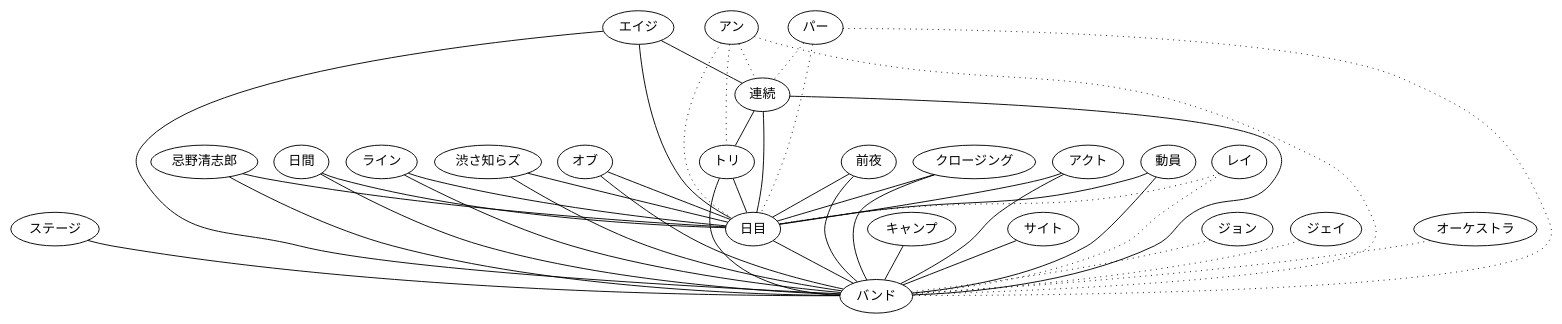
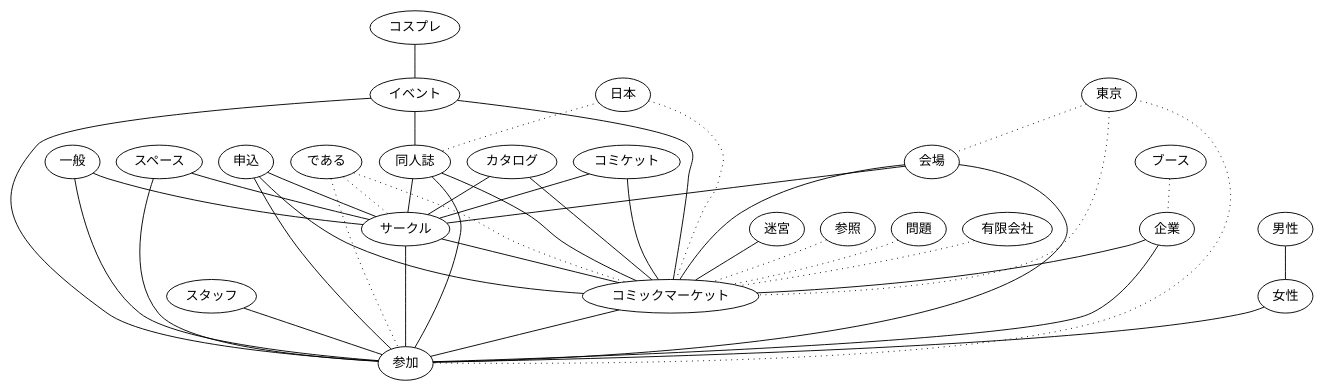
One commit to michaelweiss/keygraph changed the diagram in base.dot. Above: the diagram before and after it, drawn with Graphviz.

Commit message:
それぞれ移動しました

```diff
--- a/base.dot
+++ b/base.dot
@@ -1,44 +1,44 @@
 graph base {
-ステージ--バンド
-エイジ--連続
-忌野清志郎--日目
-日間--日目
-ライン--日目
-渋さ知らズ--日目
-オブ--日目
-前夜--日目
-クロージング--日目
-キャンプ--バンド
-アクト--日目
-サイト--バンド
-動員--日目
-忌野清志郎--バンド
-ライン--バンド
-連続--トリ
-エイジ--日目
-日間--バンド
-オブ--バンド
-クロージング--バンド
-アクト--バンド
-前夜--バンド
-渋さ知らズ--バンド
-動員--バンド
-エイジ--バンド
-連続--日目
-トリ--日目
-トリ--バンド
-連続--バンド
-日目--バンド
-パー--連続[style="dotted"]
-ジョン--バンド[style="dotted"]
-ジェイ--バンド[style="dotted"]
-アン--トリ[style="dotted"]
-オーケストラ--バンド[style="dotted"]
-パー--日目[style="dotted"]
-アン--連続[style="dotted"]
-レイ--日目[style="dotted"]
-パー--バンド[style="dotted"]
-アン--日目[style="dotted"]
-レイ--バンド[style="dotted"]
-アン--バンド[style="dotted"]
+コスプレ--イベント
+申込--コミックマーケット
+スタッフ--参加
+一般--サークル
+企業--参加
+企業--コミックマーケット
+女性--参加
+男性--女性
+同人誌--参加
+イベント--同人誌
+会場--参加
+イベント--参加
+カタログ--サークル
+申込--参加
+コミケット--サークル
+迷宮--コミックマーケット
+一般--参加
+同人誌--サークル
+スペース--参加
+スペース--サークル
+カタログ--コミックマーケット
+申込--サークル
+会場--サークル
+コミケット--コミックマーケット
+会場--コミックマーケット
+イベント--コミックマーケット
+同人誌--コミックマーケット
+サークル--コミックマーケット
+コミックマーケット--参加
+サークル--参加
+参照--コミックマーケット[style="dotted"]
+問題--コミックマーケット[style="dotted"]
+有限会社--コミックマーケット[style="dotted"]
+東京--参加[style="dotted"]
+である--参加[style="dotted"]
+である--サークル[style="dotted"]
+日本--同人誌[style="dotted"]
+ブース--企業[style="dotted"]
+東京--会場[style="dotted"]
+日本--コミックマーケット[style="dotted"]
+東京--コミックマーケット[style="dotted"]
+である--コミックマーケット[style="dotted"]
 }
```
